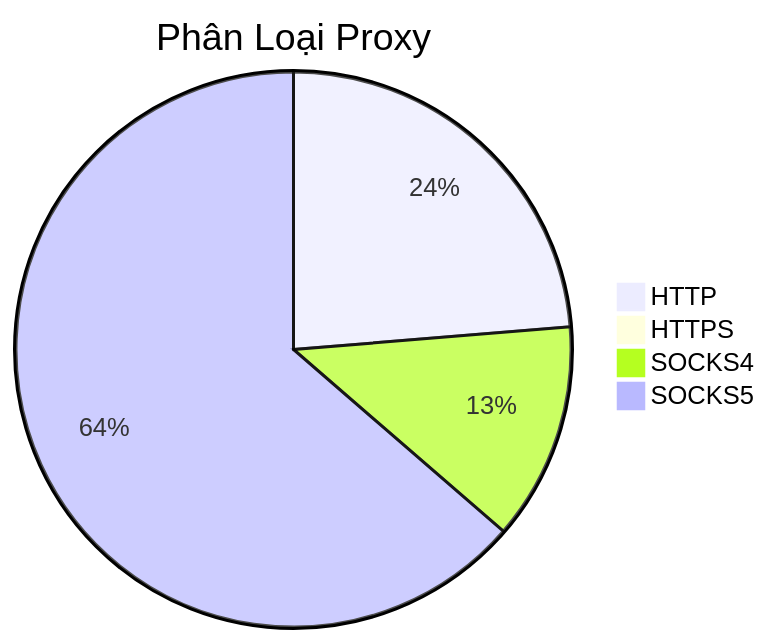
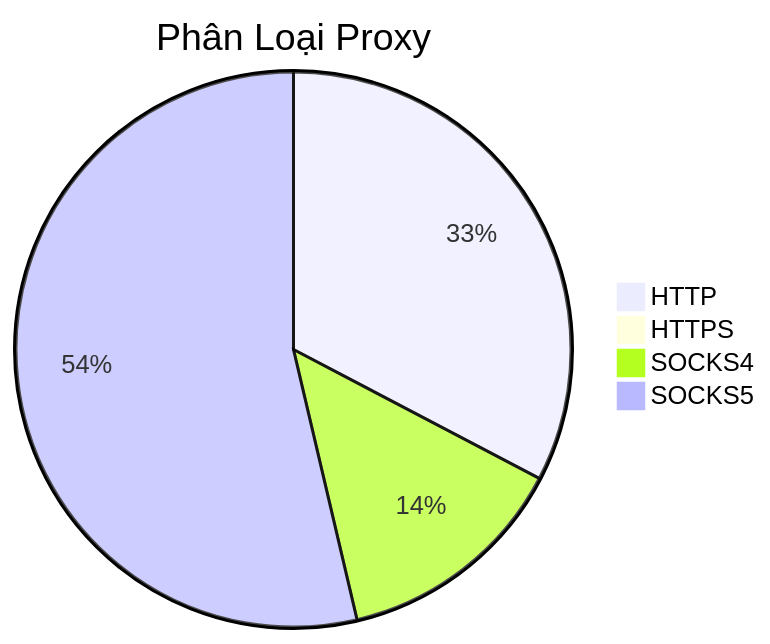
The diagram in README.md (Ciara-Aa/PROXY-free), drawn with Mermaid before and after one commit. The commit also changed other lines of this file and 4 other files, not shown here.

````diff
--- a/README.md
+++ b/README.md
@@ -26,7 +26,7 @@
 ```mermaid
 pie title Phân Loại Proxy
-    "HTTP" : 601
-    "HTTPS" : 4
-    "SOCKS4" : 321
-    "SOCKS5" : 1614
+    "HTTP" : 796
+    "HTTPS" : 2
+    "SOCKS4" : 332
+    "SOCKS5" : 1307
 ```
````
